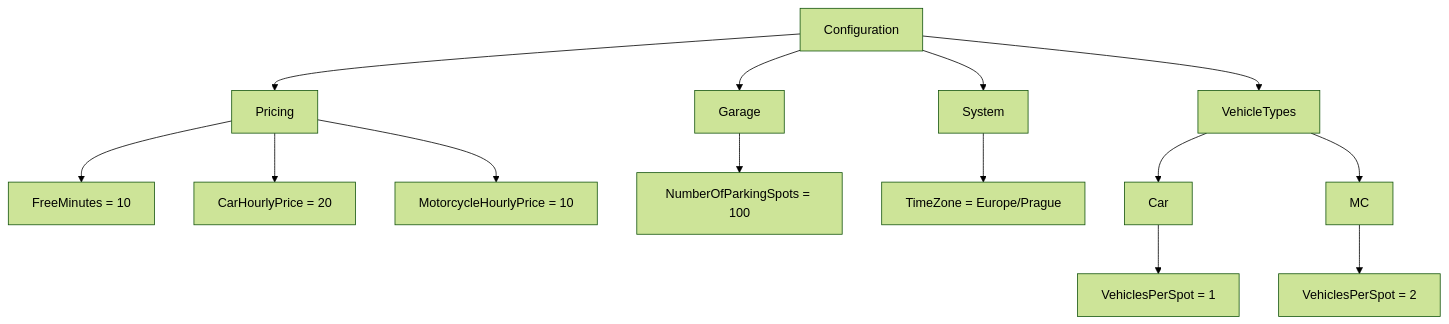
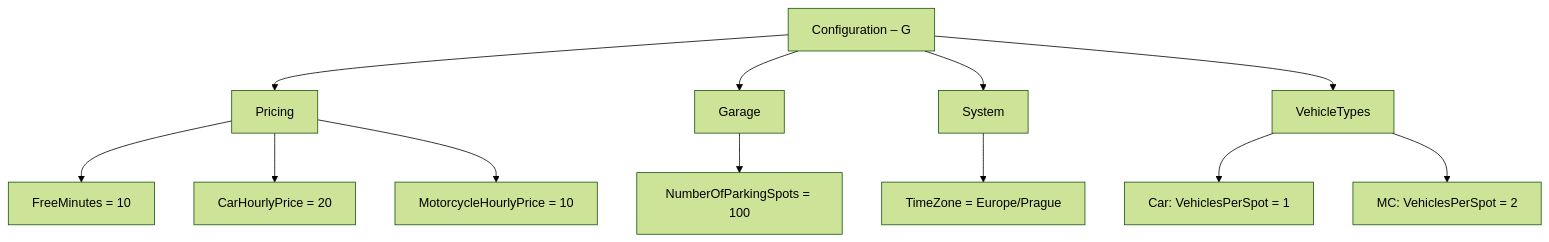
Before and after one commit to KYH-RAMI/CSharp-Assignments: the first of 4 diagrams in docs/configuration.md, drawn with Mermaid (forest theme). The commit also changed other lines of this file and 18 other files, not shown here.

Commit message:
chore: finalize Prague Parking V2.0 and V2.1 for submission

````diff
--- a/docs/configuration.md
+++ b/docs/configuration.md
@@ -14,23 +35,15 @@
 ```mermaid
 flowchart TD
-    A[Configuration]
-
-    A --> B[Pricing]
-    B --> B1[FreeMinutes = 10]
-    B --> B2[CarHourlyPrice = 20]
-    B --> B3[MotorcycleHourlyPrice = 10]
-
-    A --> C[Garage]
-    C --> C1[NumberOfParkingSpots = 100]
-
-    A --> D[System]
-    D --> D1[TimeZone = Europe/Prague]
-
-    A --> E[VehicleTypes]
-
-    E --> E1[Car]
-    E1 --> E11[VehiclesPerSpot = 1]
-
-    E --> E2[MC]
-    E2 --> E21[VehiclesPerSpot = 2]
+    A["Configuration – G"]
+    A --> B["Pricing"]
+    B --> B1["FreeMinutes = 10"]
+    B --> B2["CarHourlyPrice = 20"]
+    B --> B3["MotorcycleHourlyPrice = 10"]
+    A --> C["Garage"]
+    C --> C1["NumberOfParkingSpots = 100"]
+    A --> D["System"]
+    D --> D1["TimeZone = Europe/Prague"]
+    A --> E["VehicleTypes"]
+    E --> E1["Car: VehiclesPerSpot = 1"]
+    E --> E2["MC: VehiclesPerSpot = 2"]
 ```
````
